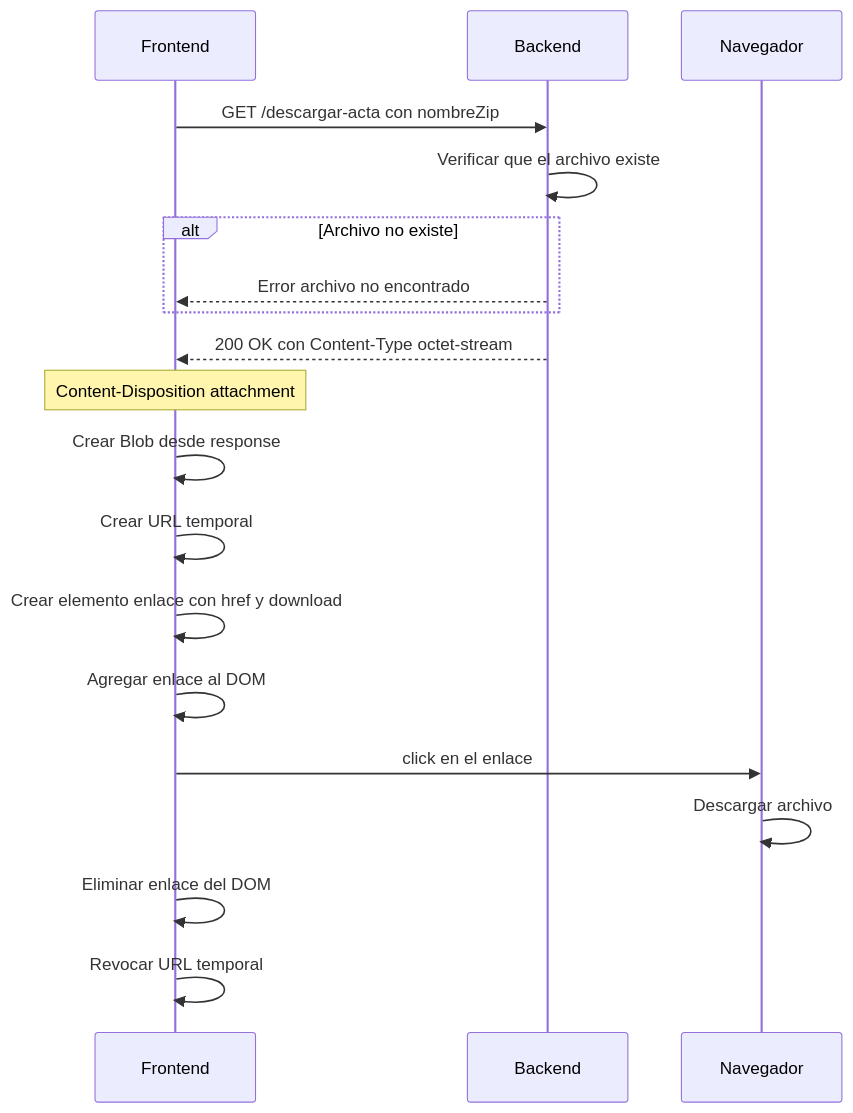
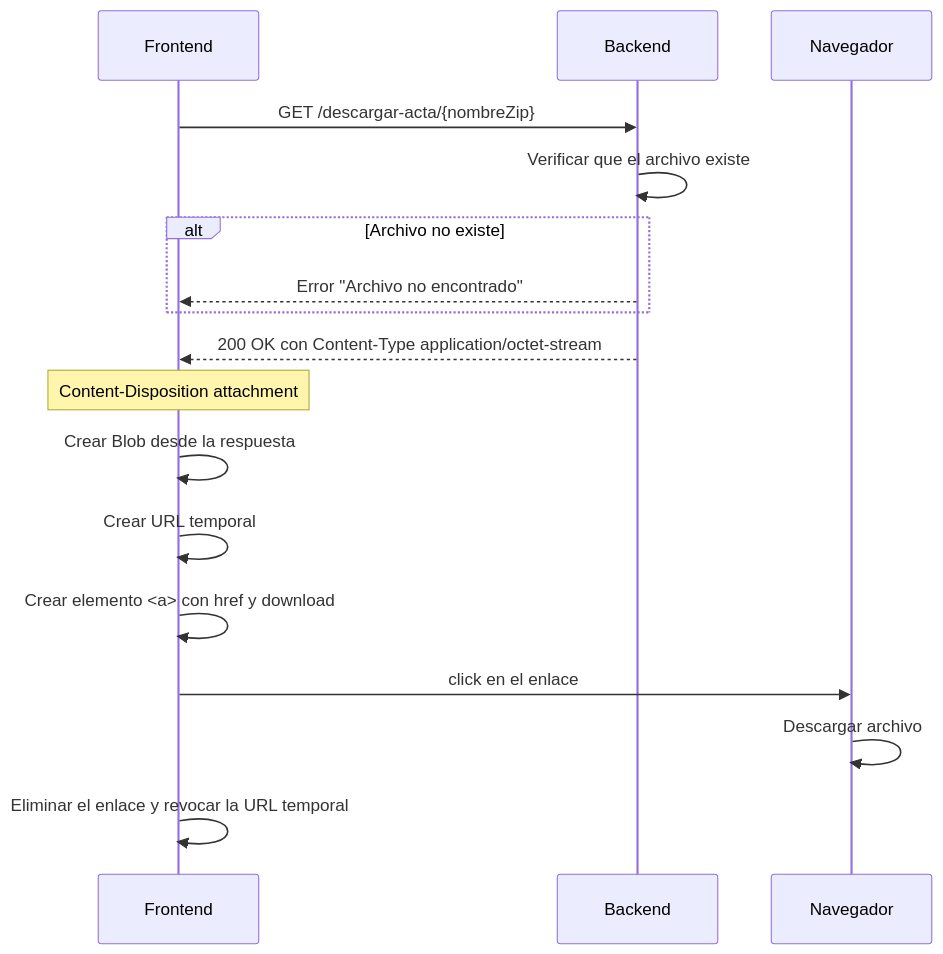
One commit to juanjosehc/actas-glpi changed the tenth of 11 diagrams in FLUJO_FUNCIONAL.md. Above: the diagram before and after it, drawn with Mermaid. The commit also changed other lines of this file and 16 other files, not shown here.

````diff
--- a/FLUJO_FUNCIONAL.md
+++ b/FLUJO_FUNCIONAL.md
@@ -357,23 +396,20 @@
 ```mermaid
 sequenceDiagram
     participant U as Frontend
     participant B as Backend
     participant N as Navegador
 
-    U->>B: GET /descargar-acta con nombreZip
+    U->>B: GET /descargar-acta/{nombreZip}
     B->>B: Verificar que el archivo existe
     alt Archivo no existe
-        B-->>U: Error archivo no encontrado
+        B-->>U: Error "Archivo no encontrado"
     end
-    B-->>U: 200 OK con Content-Type octet-stream
+    B-->>U: 200 OK con Content-Type application/octet-stream
     Note over U: Content-Disposition attachment
-
-    U->>U: Crear Blob desde response
+    U->>U: Crear Blob desde la respuesta
     U->>U: Crear URL temporal
-    U->>U: Crear elemento enlace con href y download
-    U->>U: Agregar enlace al DOM
+    U->>U: Crear elemento <a> con href y download
     U->>N: click en el enlace
     N->>N: Descargar archivo
-    U->>U: Eliminar enlace del DOM
-    U->>U: Revocar URL temporal
+    U->>U: Eliminar el enlace y revocar la URL temporal
 ```
````
